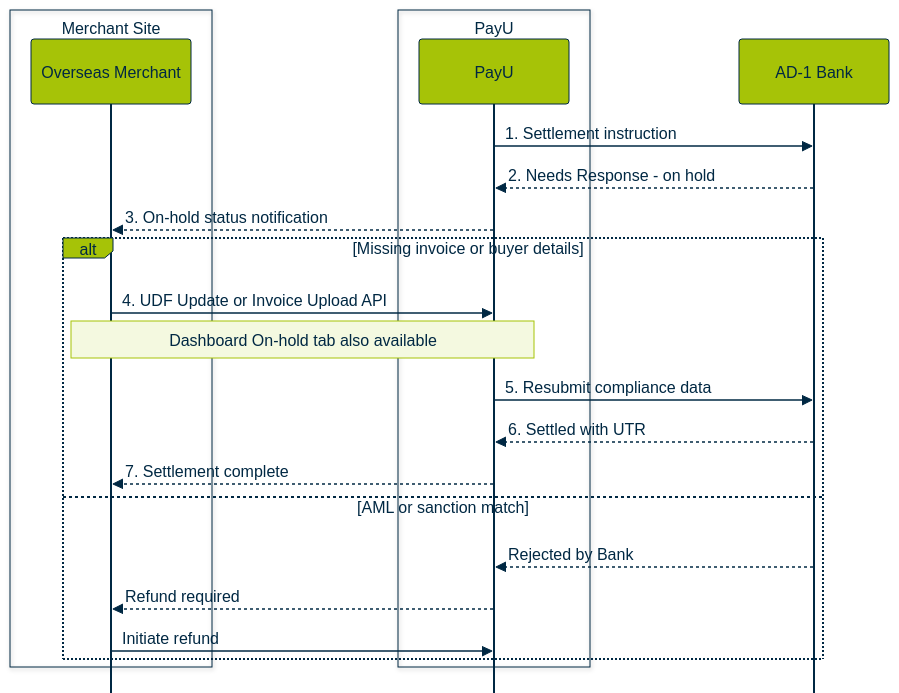
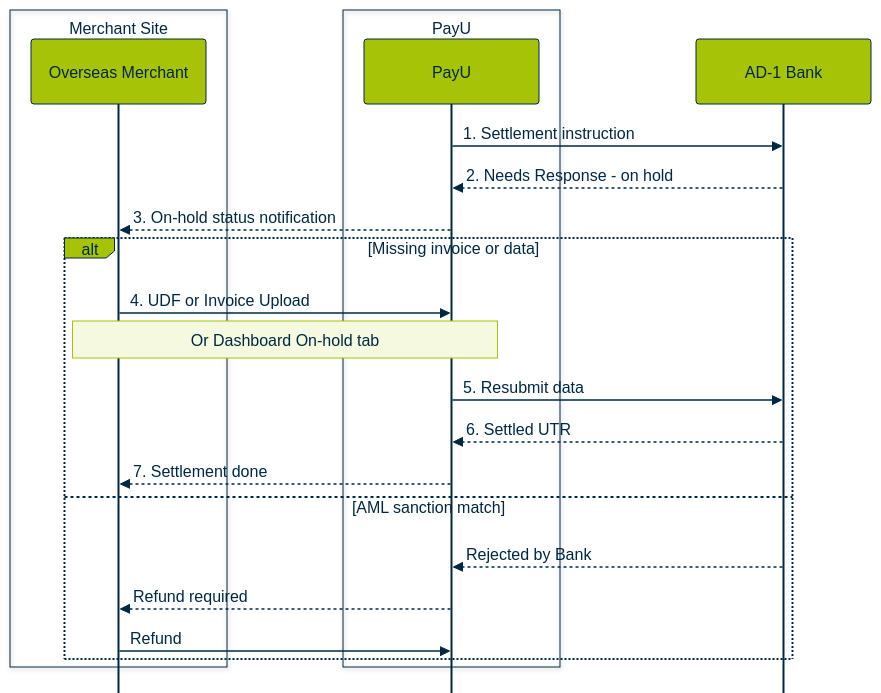
Before and after one commit to payu-india/CMS-Chatbot: diagram 11 of 17 in docs/RECYCLE BIN/internal-review-swimlane-diagrams.md, drawn with Mermaid. The commit also changed other lines of this file, not shown here.

Commit message:
Update doc `internal-review-swimlane-diagrams`

````diff
--- a/docs/RECYCLE BIN/internal-review-swimlane-diagrams.md
+++ b/docs/RECYCLE BIN/internal-review-swimlane-diagrams.md
@@ -750,61 +757,61 @@
 ```mermaid
 %%{init: {
   "theme": "base",
   "sequence": {
     "mirrorActors": false,
     "rightAngles": true,
     "messageAlign": "left",
     "fontSize": 10,
     "actorFontSize": 10,
     "noteFontSize": 10,
-    "actorMargin": 80,
-    "width": 150,
+    "actorMargin": 92,
+    "width": 175,
     "boxMargin": 8,
     "messageMargin": 34,
-    "diagramMarginX": 45,
+    "diagramMarginX": 48,
     "diagramMarginY": 16
   },
   "themeVariables": {
     "fontFamily": "Arial, Helvetica, sans-serif",
     "fontSize": "10px",
     "background": "#FFFFFF",
     "primaryColor": "#A6C307",
     "primaryTextColor": "#002843",
     "primaryBorderColor": "#002843",
     "secondaryColor": "#F4F9E0",
     "lineColor": "#002843",
     "textColor": "#002843",
     "actorBkg": "#A6C307",
     "actorBorder": "#002843",
     "actorTextColor": "#002843",
     "signalColor": "#002843",
     "noteBkgColor": "#F4F9E0",
     "noteTextColor": "#002843",
     "noteBorderColor": "#A6C307"
   }
 }}%%
 sequenceDiagram
     box Merchant Site
         participant Merchant as Overseas Merchant
     end
     box PayU
         participant PayU
     end
     participant AD1 as AD-1 Bank
 
     PayU->>AD1: 1. Settlement instruction
     AD1-->>PayU: 2. Needs Response - on hold
     PayU-->>Merchant: 3. On-hold status notification
 
-    alt Missing invoice or buyer details
-        Merchant->>PayU: 4. UDF Update or Invoice Upload API
-        Note over Merchant,PayU: Dashboard On-hold tab also available
-        PayU->>AD1: 5. Resubmit compliance data
-        AD1-->>PayU: 6. Settled with UTR
-        PayU-->>Merchant: 7. Settlement complete
-    else AML or sanction match
+    alt Missing invoice or data
+        Merchant->>PayU: 4. UDF or Invoice Upload
+        Note over Merchant,PayU: Or Dashboard On-hold tab
+        PayU->>AD1: 5. Resubmit data
+        AD1-->>PayU: 6. Settled UTR
+        PayU-->>Merchant: 7. Settlement done
+    else AML sanction match
         AD1-->>PayU: Rejected by Bank
         PayU-->>Merchant: Refund required
-        Merchant->>PayU: Initiate refund
+        Merchant->>PayU: Refund
     end
 ```
````
